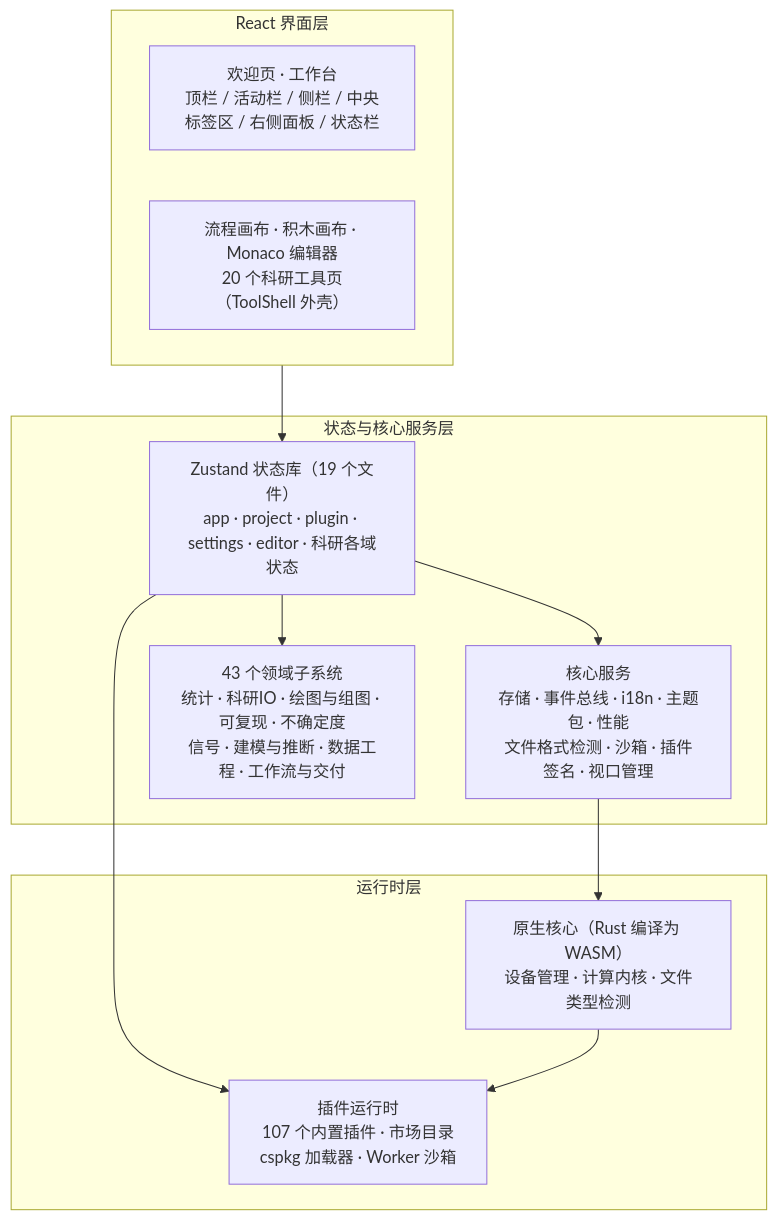
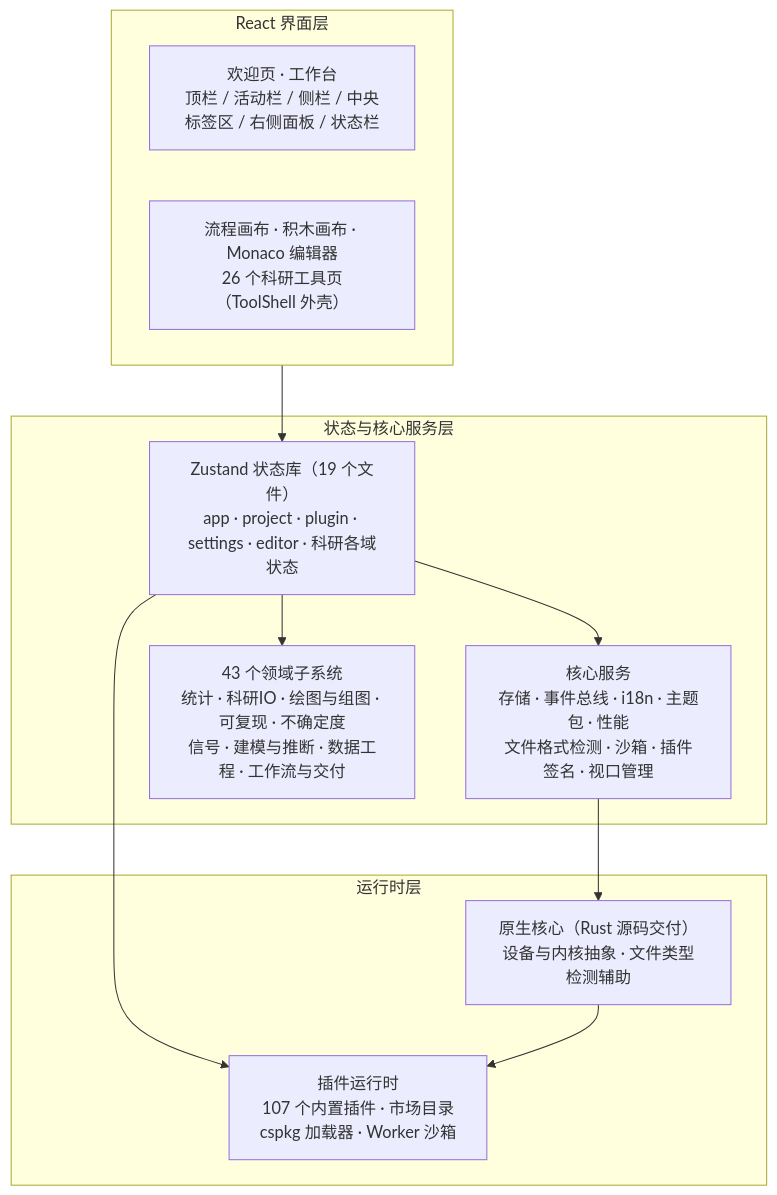
One commit to SnowLeopard-io/ErgalicsStudio changed the second of 3 diagrams in docs/technical/01-产品介绍.md. Above: the diagram before and after it, drawn with Mermaid. The commit also changed other lines of this file and 36 other files, not shown here.

````diff
--- a/docs/technical/01-产品介绍.md
+++ b/docs/technical/01-产品介绍.md
@@ -102,22 +102,22 @@
 ```mermaid
 flowchart TB
     subgraph UI["React 界面层"]
         A1["欢迎页 · 工作台<br/>顶栏 / 活动栏 / 侧栏 / 中央标签区 / 右侧面板 / 状态栏"]
-        A2["流程画布 · 积木画布 · Monaco 编辑器<br/>20 个科研工具页（ToolShell 外壳）"]
+        A2["流程画布 · 积木画布 · Monaco 编辑器<br/>26 个科研工具页（ToolShell 外壳）"]
     end
     subgraph State["状态与核心服务层"]
         B1["Zustand 状态库（19 个文件）<br/>app · project · plugin · settings · editor · 科研各域状态"]
         B2["核心服务<br/>存储 · 事件总线 · i18n · 主题包 · 性能<br/>文件格式检测 · 沙箱 · 插件签名 · 视口管理"]
         B3["43 个领域子系统<br/>统计 · 科研IO · 绘图与组图 · 可复现 · 不确定度<br/>信号 · 建模与推断 · 数据工程 · 工作流与交付"]
     end
     subgraph Runtime["运行时层"]
         C1["插件运行时<br/>107 个内置插件 · 市场目录<br/>cspkg 加载器 · Worker 沙箱"]
-        C2["原生核心（Rust 编译为 WASM）<br/>设备管理 · 计算内核 · 文件类型检测"]
+        C2["原生核心（Rust 源码交付）<br/>设备与内核抽象 · 文件类型检测辅助"]
     end
     UI --> B1
     B1 --> B2
     B1 --> B3
     B1 --> C1
     B2 --> C2
     C2 --> C1
 ```
````
